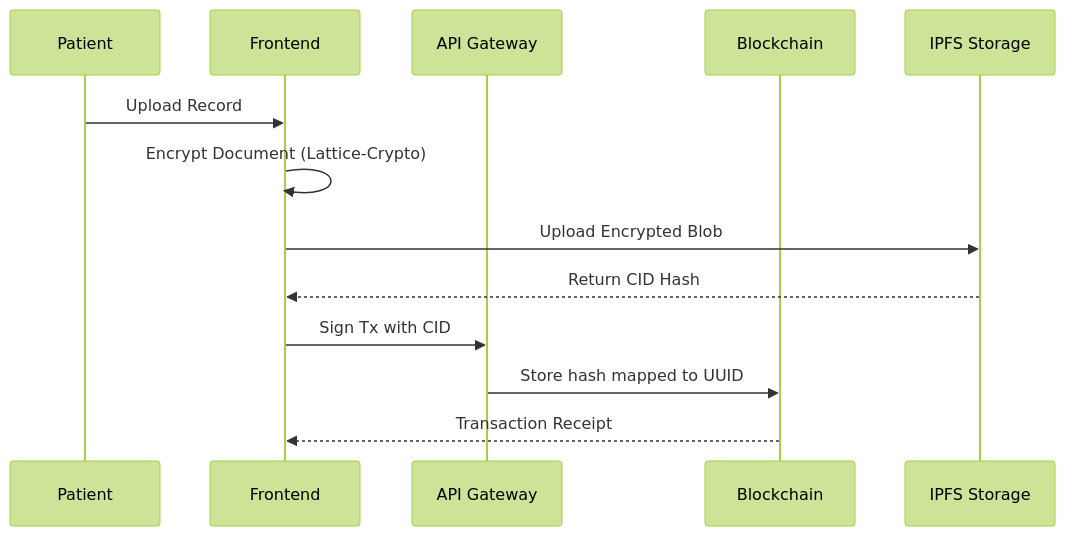
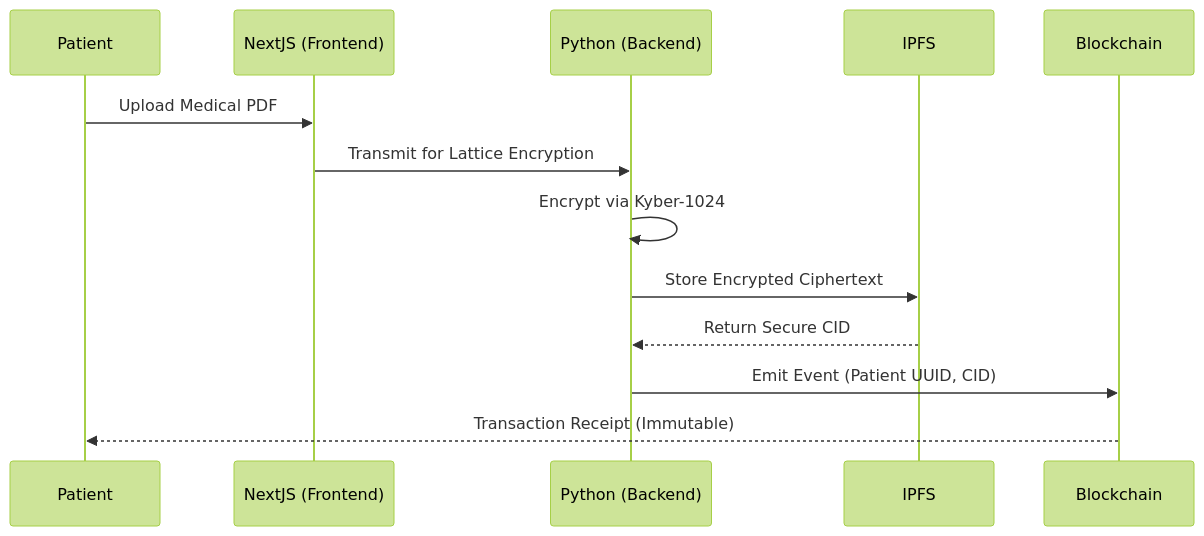
The second of 2 diagrams in docs/7_System_Flow.md (creatingMYworld/post-quantum-blockchain-phr-security), drawn with Mermaid (forest theme) before and after one commit. The commit also changed other lines of this file and 2 other files, not shown here.

Commit message:
docs: finalize architecture proof, srs report, and system flow rubrics

````diff
--- a/docs/7_System_Flow.md
+++ b/docs/7_System_Flow.md
@@ -12,16 +22,16 @@
 ```mermaid
 sequenceDiagram
     participant Patient
-    participant Frontend
-    participant API Gateway
+    participant NextJS (Frontend)
+    participant Python (Backend)
+    participant IPFS
     participant Blockchain
-    participant IPFS Storage
 
-    Patient->>Frontend: Upload Record
-    Frontend->>Frontend: Encrypt Document (Lattice-Crypto)
-    Frontend->>IPFS Storage: Upload Encrypted Blob
-    IPFS Storage-->>Frontend: Return CID Hash
-    Frontend->>API Gateway: Sign Tx with CID
-    API Gateway->>Blockchain: Store hash mapped to UUID
-    Blockchain-->>Frontend: Transaction Receipt
+    Patient->>NextJS (Frontend): Upload Medical PDF
+    NextJS (Frontend)->>Python (Backend): Transmit for Lattice Encryption
+    Python (Backend)->>Python (Backend): Encrypt via Kyber-1024
+    Python (Backend)->>IPFS: Store Encrypted Ciphertext
+    IPFS-->>Python (Backend): Return Secure CID
+    Python (Backend)->>Blockchain: Emit Event (Patient UUID, CID)
+    Blockchain-->>Patient: Transaction Receipt (Immutable)
 ```
````
